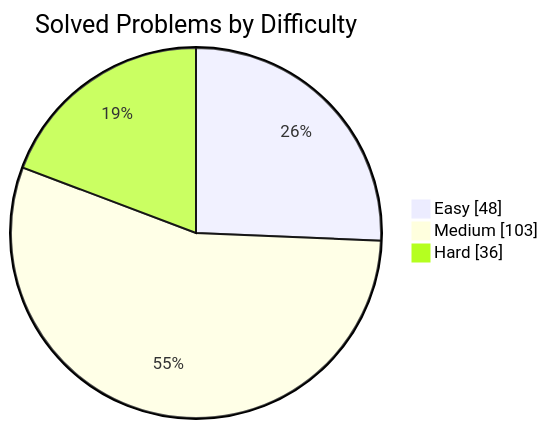
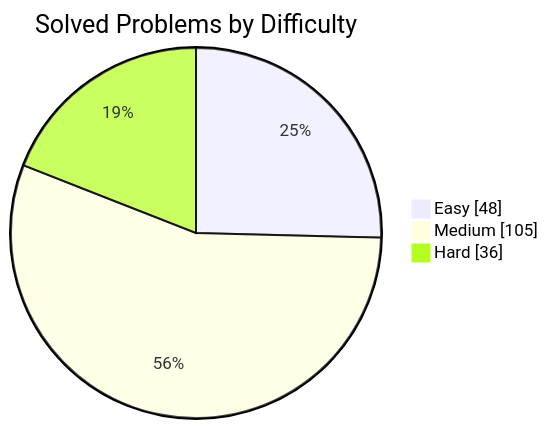
Before and after one commit to manikantbindass/DSA-Preparation-FAANG: the first of 2 diagrams in README.md, drawn with Mermaid. The commit also changed other lines of this file, not shown here.

````diff
--- a/README.md
+++ b/README.md
@@ -38,7 +38,7 @@
 ```mermaid
 pie showData
     title Solved Problems by Difficulty
     "Easy" : 48
-    "Medium" : 103
+    "Medium" : 105
     "Hard" : 36
 ```
````
